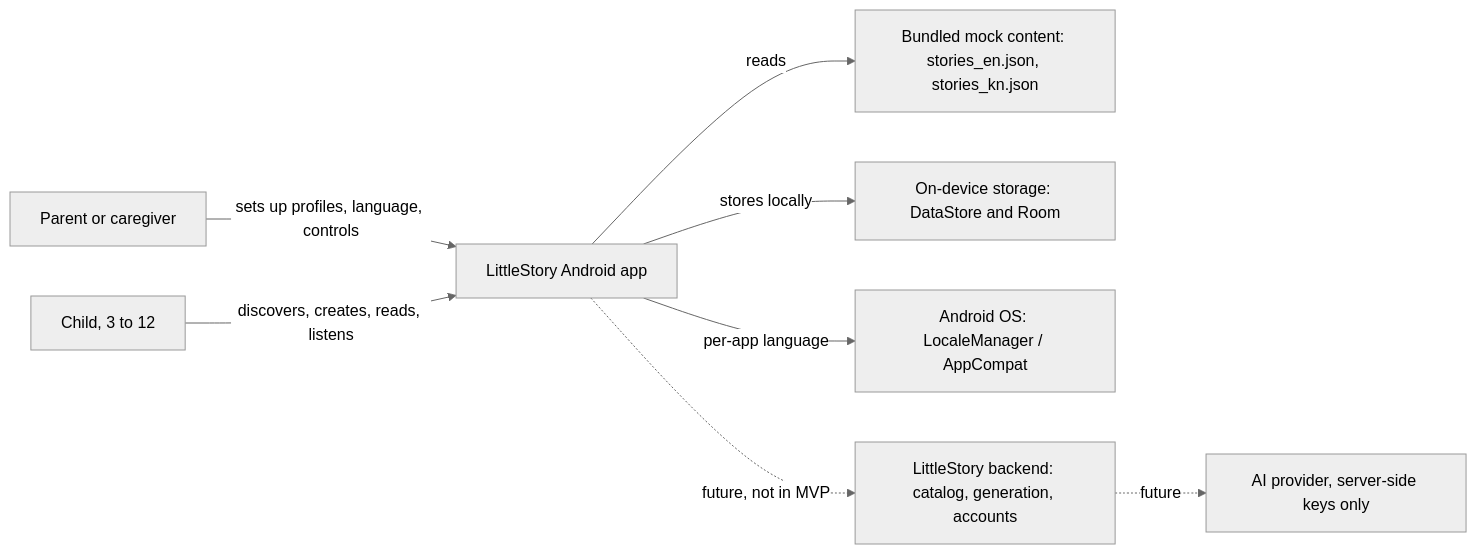
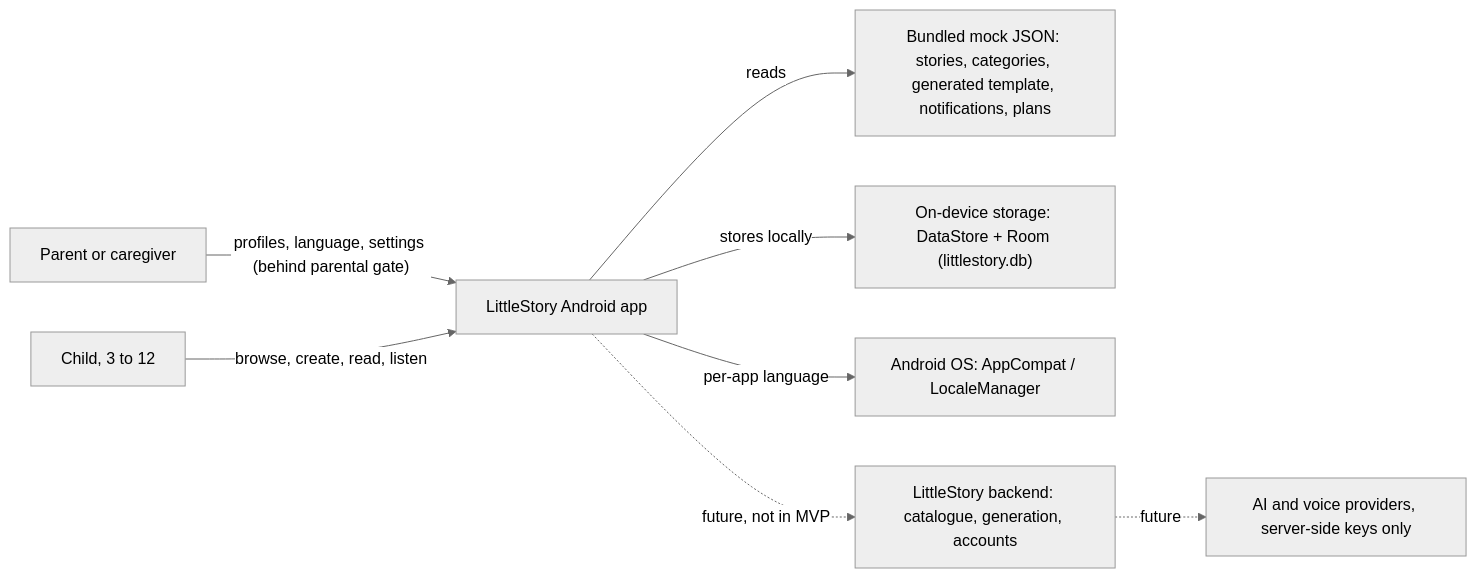
One commit to shivayogih/LittleStory changed the first of 6 diagrams in docs/architecture/high-level-design.md. Above: the diagram before and after it, drawn with Mermaid (neutral theme). The commit also changed other lines of this file and 2 other files, not shown here.

First line of the commit message:
Add Android low-level design and update high-level design to the built app

````diff
--- a/docs/architecture/high-level-design.md
+++ b/docs/architecture/high-level-design.md
@@ -21,10 +26,10 @@
 ```mermaid
 flowchart LR
-    parent["Parent or caregiver"] -->|"sets up profiles, language, controls"| app["LittleStory Android app"]
-    child["Child, 3 to 12"] -->|"discovers, creates, reads, listens"| app
-    app -->|"reads"| assets["Bundled mock content: stories_en.json, stories_kn.json"]
-    app -->|"stores locally"| device["On-device storage: DataStore and Room"]
-    app -->|"per-app language"| os["Android OS: LocaleManager / AppCompat"]
-    app -. "future, not in MVP" .-> backend["LittleStory backend: catalog, generation, accounts"]
-    backend -. "future" .-> ai["AI provider, server-side keys only"]
+    parent["Parent or caregiver"] -->|"profiles, language, settings (behind parental gate)"| app["LittleStory Android app"]
+    child["Child, 3 to 12"] -->|"browse, create, read, listen"| app
+    app -->|"reads"| assets["Bundled mock JSON: stories, categories, generated template, notifications, plans"]
+    app -->|"stores locally"| device["On-device storage: DataStore + Room (littlestory.db)"]
+    app -->|"per-app language"| os["Android OS: AppCompat / LocaleManager"]
+    app -. "future, not in MVP" .-> backend["LittleStory backend: catalogue, generation, accounts"]
+    backend -. "future" .-> ai["AI and voice providers, server-side keys only"]
 ```
````
